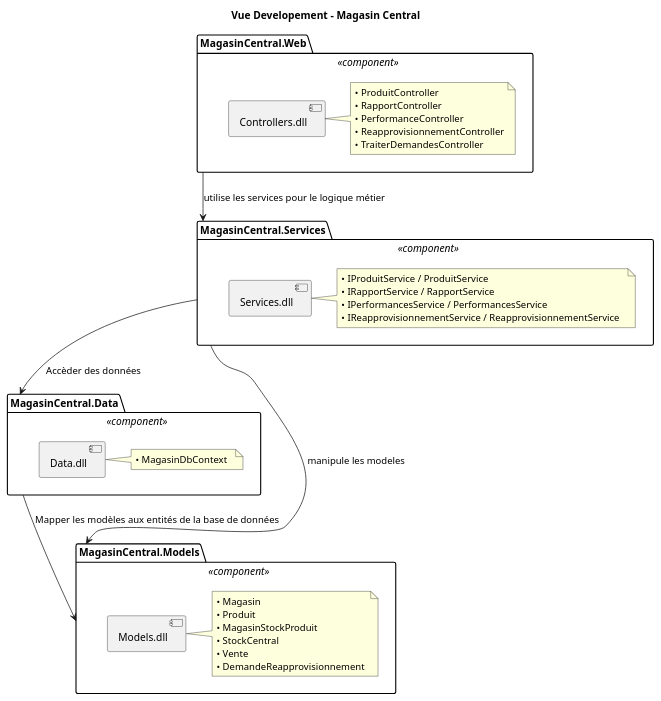
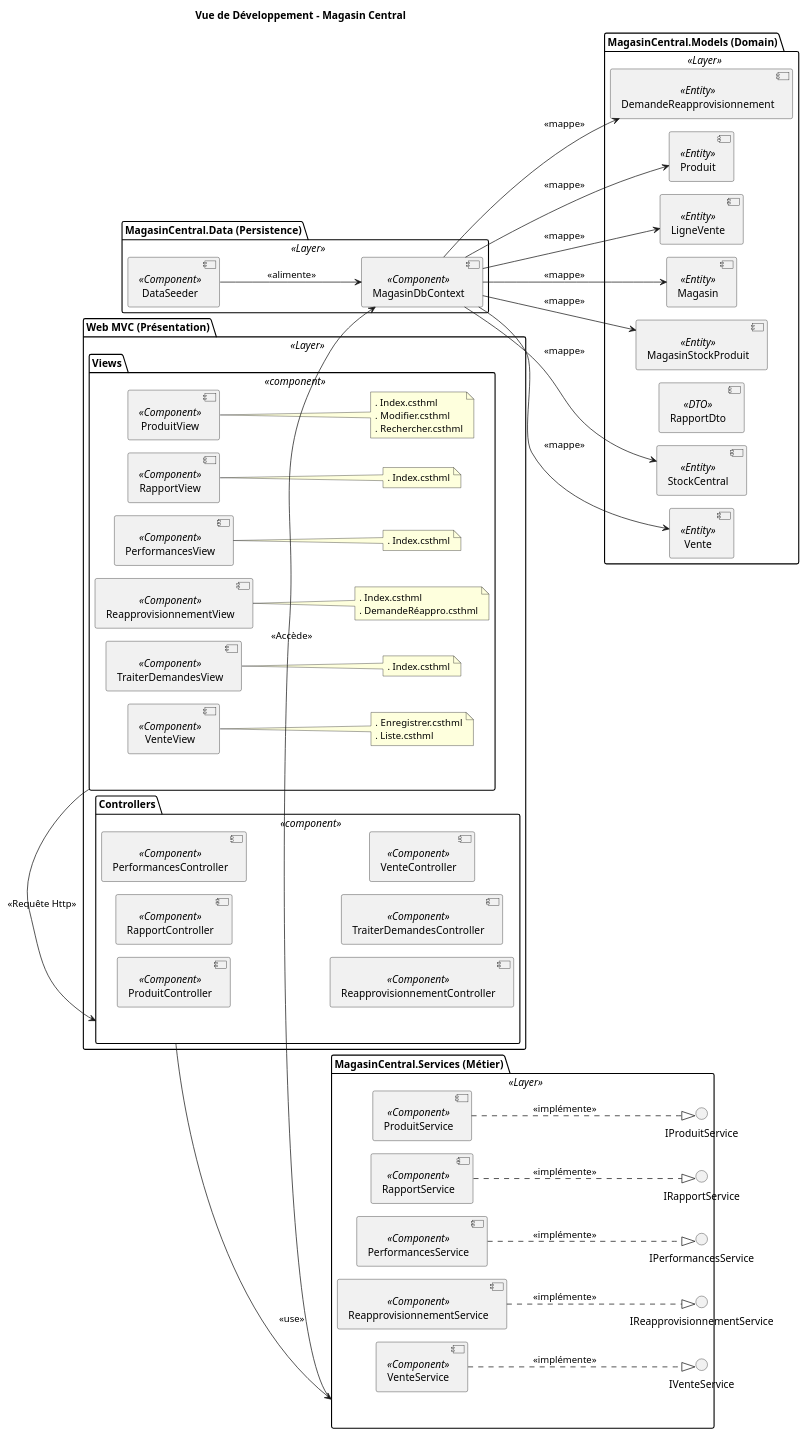
One commit to itsahmed98/log430-lab2-mvc changed the diagram in docs/UML/VueDevelopement.puml. Above: the diagram before and after it, drawn with PlantUML. The commit also changed 5 other files, not shown here.

Commit message:
Corriger diagramme de developmenet

```diff
--- a/docs/UML/VueDevelopement.puml
+++ b/docs/UML/VueDevelopement.puml
@@ -1,48 +1,108 @@
-@startuml "Vue Developement - Magasin Central"
-title Vue Developement - Magasin Central
-package "MagasinCentral.Web" <<component>> {
-  [Controllers.dll]
-    note right
-      • ProduitController  
-      • RapportController
-      • PerformanceController
-      • ReapprovisionnementController
-      • TraiterDemandesController
-    end note
+@startuml VueDéveloppement_MagasinCentral
+title Vue de Développement - Magasin Central
+!pragma layout smetana
+left to right direction
+
+skinparam component {
+  horizontalSpacing 40
+  verticalSpacing 30
+}
+skinparam package {
+  padding 20
 }
 
-package "MagasinCentral.Services" <<component>> {
-  [Services.dll]
-    note right
-      • IProduitService / ProduitService  
-      • IRapportService / RapportService
-      • IPerformancesService / PerformancesService  
-      • IReapprovisionnementService / ReapprovisionnementService  
-    end note
+package "Web MVC (Présentation)" as WebMVC <<Layer>> {
+  package "Views" as view <<component>> {
+    [ProduitView] <<Component>>
+      note right of [ProduitView]
+        . Index.csthml
+        . Modifier.csthml
+        . Rechercher.csthml
+      end note
+    [RapportView] <<Component>>
+      note right of [RapportView]
+        . Index.csthml
+      end note
+    [PerformancesView] <<Component>>
+      note right of [PerformancesView]
+        . Index.csthml
+      end note
+    [ReapprovisionnementView] <<Component>>
+      note right of [ReapprovisionnementView]
+        . Index.csthml
+        . DemandeRéappro.csthml
+      end note
+    [TraiterDemandesView] <<Component>>
+      note right of [TraiterDemandesView]
+        . Index.csthml
+      end note
+    [VenteView] <<Component>>
+      note right of [VenteView]
+        . Enregistrer.csthml
+        . Liste.csthml
+      end note
+  }
+
+  package "Controllers" as controller <<component>> {
+    [ProduitController] <<Component>>
+    [RapportController] <<Component>>
+    [PerformancesController] <<Component>>
+    [ReapprovisionnementController] <<Component>>
+    [TraiterDemandesController] <<Component>>
+    [VenteController] <<Component>>
+  }
 }
 
-package "MagasinCentral.Data" <<component>> {
-  [Data.dll]
-    note right
-      • MagasinDbContext  
-    end note
+package "MagasinCentral.Services (Métier)" as Services <<Layer>> {
+  interface IProduitService
+  interface IRapportService
+  interface IPerformancesService
+  interface IReapprovisionnementService
+  interface IVenteService
+
+  [ProduitService] <<Component>>
+  [RapportService] <<Component>>
+  [PerformancesService] <<Component>>
+  [ReapprovisionnementService] <<Component>>
+  [VenteService] <<Component>>
 }
 
-package "MagasinCentral.Models" <<component>> {
-  [Models.dll]
-    note right
-        • Magasin
-        • Produit
-        • MagasinStockProduit
-        • StockCentral
-        • Vente
-        • DemandeReapprovisionnement 
-    end note
+package "MagasinCentral.Data (Persistence)" as Contexte <<Layer>> {
+  [MagasinDbContext] <<Component>>
+  [DataSeeder] <<Component>>
 }
 
-"MagasinCentral.Web" --> "MagasinCentral.Services" : utilise les services pour le logique métier
-"MagasinCentral.Services" --> "MagasinCentral.Models" : manipule les modeles
-"MagasinCentral.Services" --> "MagasinCentral.Data" : Accèder des données
-"MagasinCentral.Data" --> "MagasinCentral.Models" : Mapper les modèles aux entités de la base de données
+package "MagasinCentral.Models (Domain)" as Models <<Layer>> {
+  [DemandeReapprovisionnement] <<Entity>>
+  [Produit] <<Entity>>
+  [LigneVente] <<Entity>>
+  [Magasin] <<Entity>>
+  [MagasinStockProduit] <<Entity>>
+  [RapportDto] <<DTO>>
+  [StockCentral] <<Entity>>
+  [Vente] <<Entity>>
+}
+
+controller --> Services : <<use>>
+view -> controller : <<Requête Http>>
+
+[ProduitService] ..|> IProduitService : <<implémente>>
+[RapportService] ..|> IRapportService : <<implémente>>
+[PerformancesService] ..|> IPerformancesService : <<implémente>>
+[ReapprovisionnementService] ..|> IReapprovisionnementService : <<implémente>>
+[VenteService] ..|> IVenteService : <<implémente>>
+
+Services -> MagasinDbContext : <<Accède>>
+
+MagasinDbContext --> DemandeReapprovisionnement : <<mappe>>
+MagasinDbContext --> Produit : <<mappe>>
+MagasinDbContext --> LigneVente : <<mappe>>
+MagasinDbContext --> Magasin : <<mappe>>
+MagasinDbContext --> MagasinStockProduit : <<mappe>>
+MagasinDbContext --> StockCentral : <<mappe>>
+MagasinDbContext --> Vente : <<mappe>>
+
+DataSeeder --> MagasinDbContext : <<alimente>>
+
 
 @enduml
```
